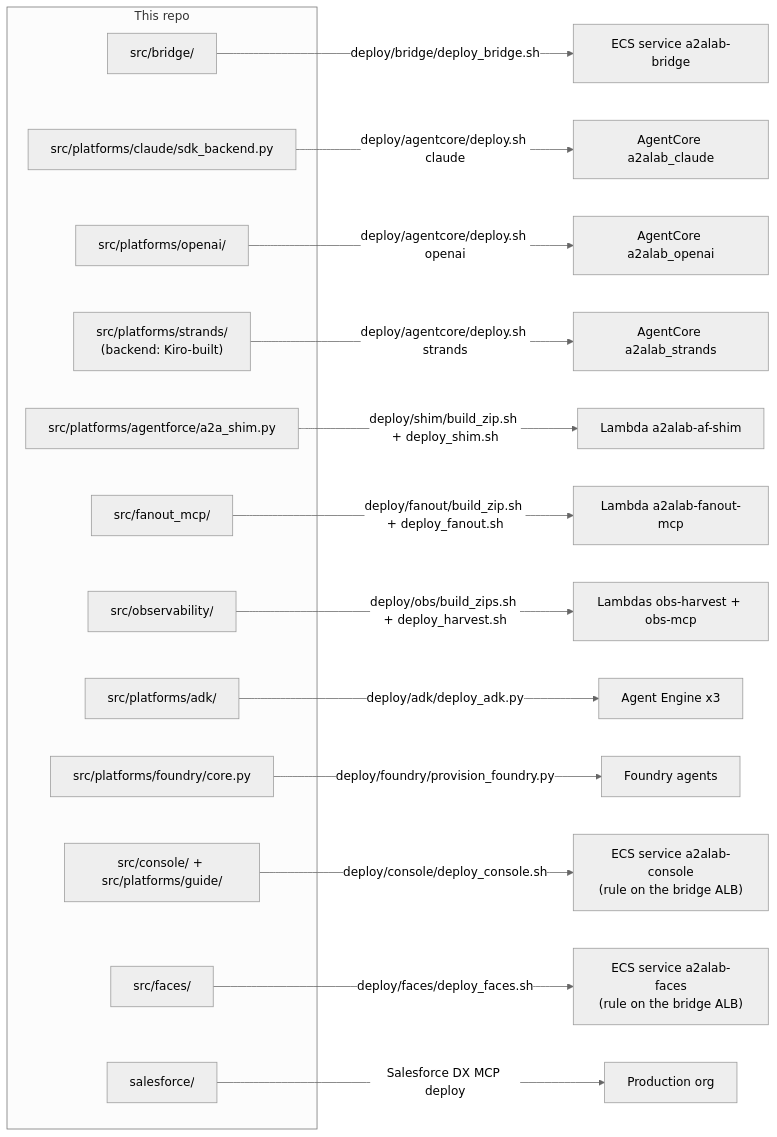
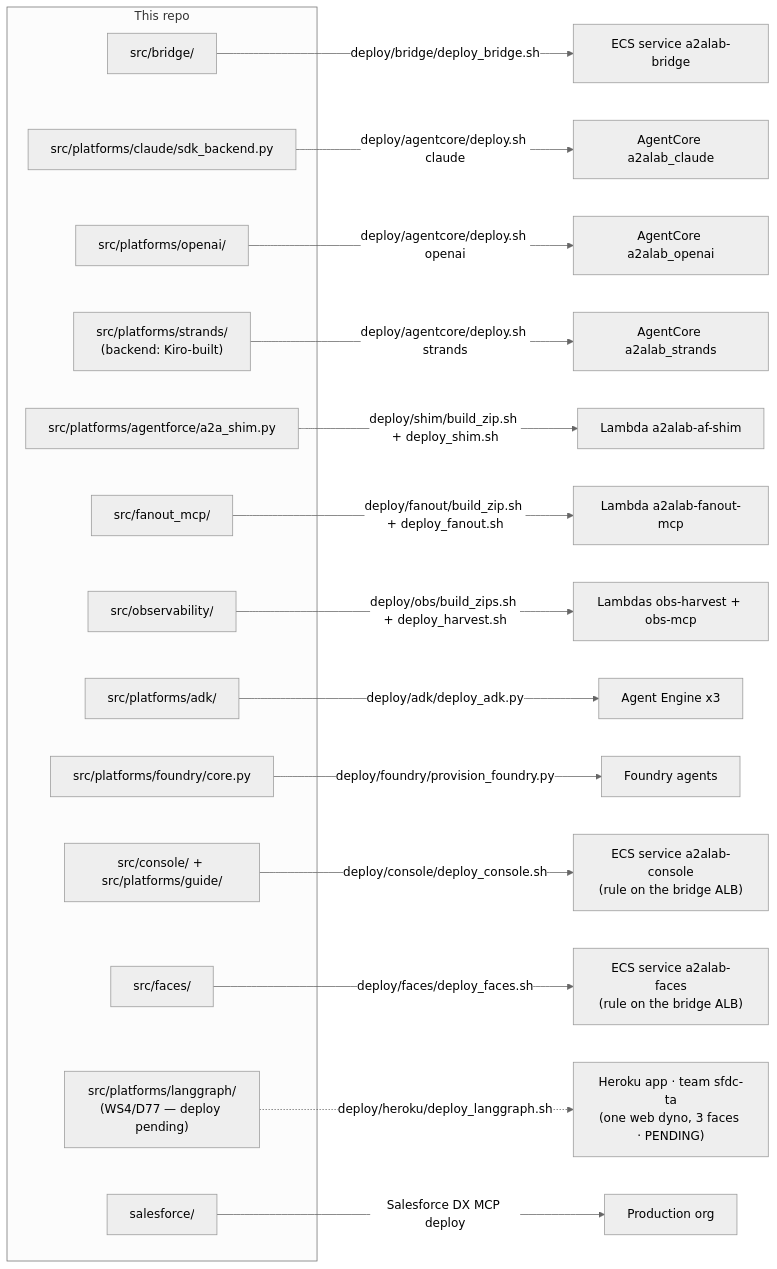
One commit to congmingwudi/a2a-lab changed diagram 11 of 11 in plan/09-deployment-map.md. Above: the diagram before and after it, drawn with Mermaid (neutral theme). The commit also changed other lines of this file and 17 other files, not shown here.

````diff
--- a/plan/09-deployment-map.md
+++ b/plan/09-deployment-map.md
@@ -968,29 +968,31 @@
 ```mermaid
 flowchart LR
   subgraph REPO["This repo"]
     R1["src/bridge/"]
     R2["src/platforms/claude/sdk_backend.py"]
     R3["src/platforms/openai/"]
     R12["src/platforms/strands/<br/>(backend: Kiro-built)"]
     R4["src/platforms/agentforce/a2a_shim.py"]
     R5["src/fanout_mcp/"]
     R6["src/observability/"]
     R7["src/platforms/adk/"]
     R8["src/platforms/foundry/core.py"]
     R9["src/console/ + src/platforms/guide/"]
     R11["src/faces/"]
+    R13["src/platforms/langgraph/<br/>(WS4/D77 — deploy pending)"]
     R10["salesforce/"]
   end
   R1 -->|"deploy/bridge/deploy_bridge.sh"| D1["ECS service a2alab-bridge"]
   R2 -->|"deploy/agentcore/deploy.sh claude"| D2["AgentCore a2alab_claude"]
   R3 -->|"deploy/agentcore/deploy.sh openai"| D3["AgentCore a2alab_openai"]
   R12 -->|"deploy/agentcore/deploy.sh strands"| D12["AgentCore a2alab_strands"]
   R4 -->|"deploy/shim/build_zip.sh + deploy_shim.sh"| D4["Lambda a2alab-af-shim"]
   R5 -->|"deploy/fanout/build_zip.sh + deploy_fanout.sh"| D5["Lambda a2alab-fanout-mcp"]
   R6 -->|"deploy/obs/build_zips.sh + deploy_harvest.sh"| D6["Lambdas obs-harvest + obs-mcp"]
   R7 -->|"deploy/adk/deploy_adk.py"| D7["Agent Engine x3"]
   R8 -->|"deploy/foundry/provision_foundry.py"| D8["Foundry agents"]
   R9 -->|"deploy/console/deploy_console.sh"| D9["ECS service a2alab-console<br/>(rule on the bridge ALB)"]
   R11 -->|"deploy/faces/deploy_faces.sh"| D11["ECS service a2alab-faces<br/>(rule on the bridge ALB)"]
+  R13 -.->|"deploy/heroku/deploy_langgraph.sh"| D13["Heroku app · team sfdc-ta<br/>(one web dyno, 3 faces · PENDING)"]
   R10 -->|"Salesforce DX MCP deploy"| D10["Production org"]
 ```
````
